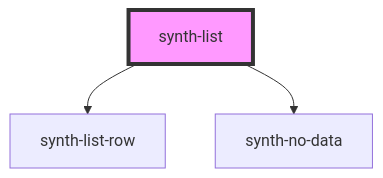
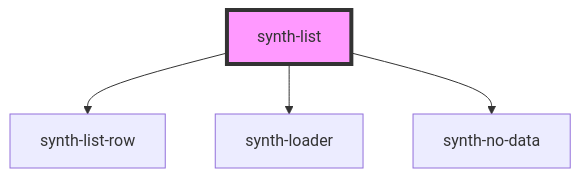
Before and after one commit to adrianiy/synth-ui: the diagram in packages/synth-components/src/components/list/readme.md, drawn with Mermaid. The commit also changed other lines of this file and 18 other files, not shown here.

````diff
--- a/packages/synth-components/src/components/list/readme.md
+++ b/packages/synth-components/src/components/list/readme.md
@@ -31,6 +32,7 @@
 ```mermaid
 graph TD;
   synth-list --> synth-list-row
+  synth-list --> synth-loader
   synth-list --> synth-no-data
   style synth-list fill:#f9f,stroke:#333,stroke-width:4px
 ```
````
